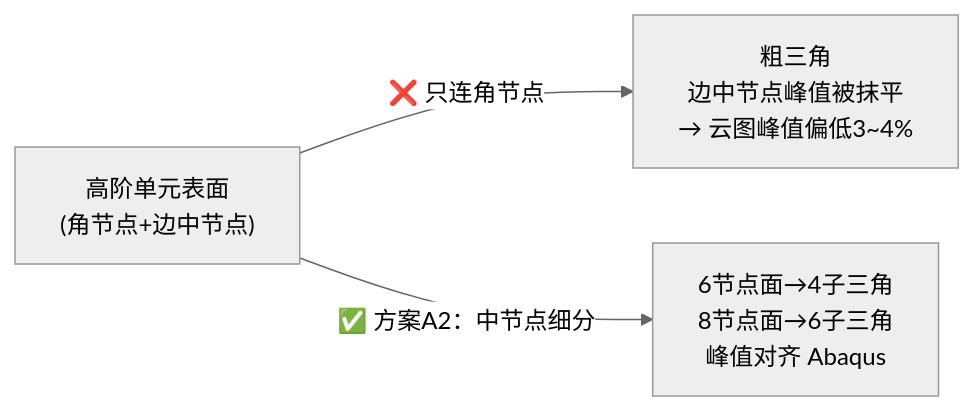
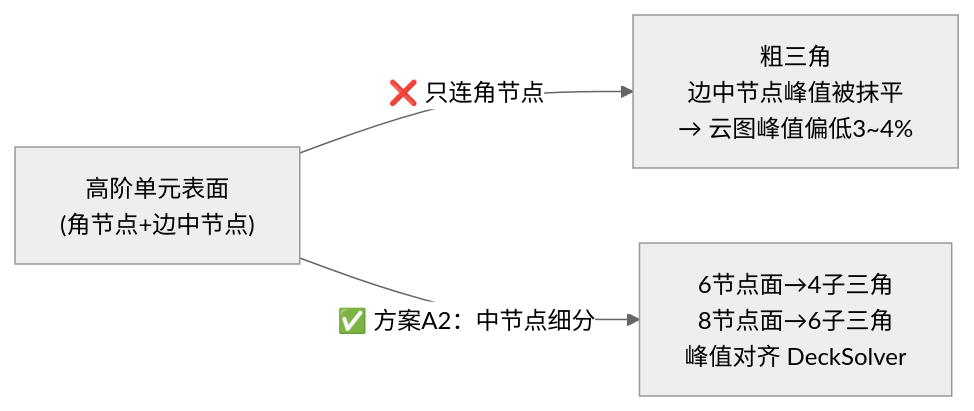
Diagram 11 of 16 in docs/交付/FEM平台技术交付-图文版.md (TianBM-codes/VirtualReal702), drawn with Mermaid (neutral theme) before and after one commit. The commit also changed other lines of this file and 273 other files, not shown here.

````diff
--- a/docs/交付/FEM平台技术交付-图文版.md
+++ b/docs/交付/FEM平台技术交付-图文版.md
@@ -432,5 +430,5 @@
 ```mermaid
 flowchart LR
     A["高阶单元表面<br/>(角节点+边中节点)"] -->|"❌ 只连角节点"| B["粗三角<br/>边中节点峰值被抹平<br/>→ 云图峰值偏低3~4%"]
-    A -->|"✅ 方案A2：中节点细分"| C["6节点面→4子三角<br/>8节点面→6子三角<br/>峰值对齐 Abaqus"]
+    A -->|"✅ 方案A2：中节点细分"| C["6节点面→4子三角<br/>8节点面→6子三角<br/>峰值对齐 DeckSolver"]
 ```
````
